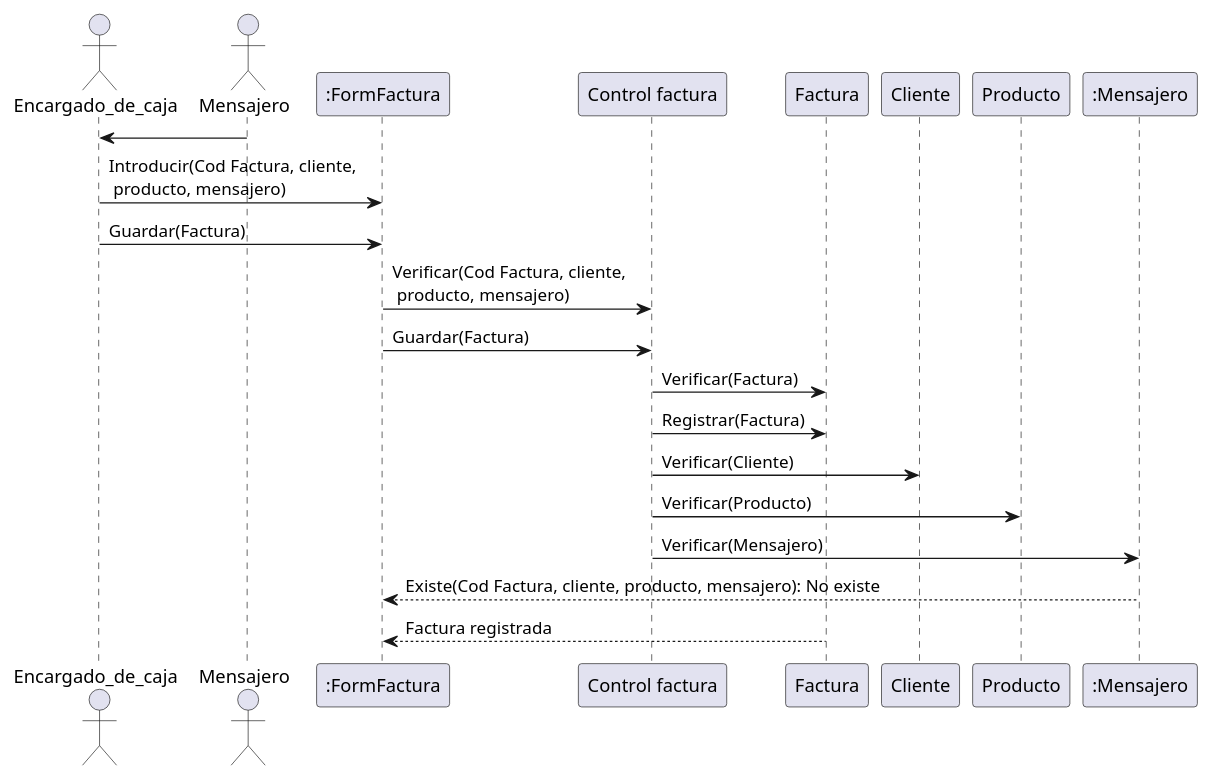
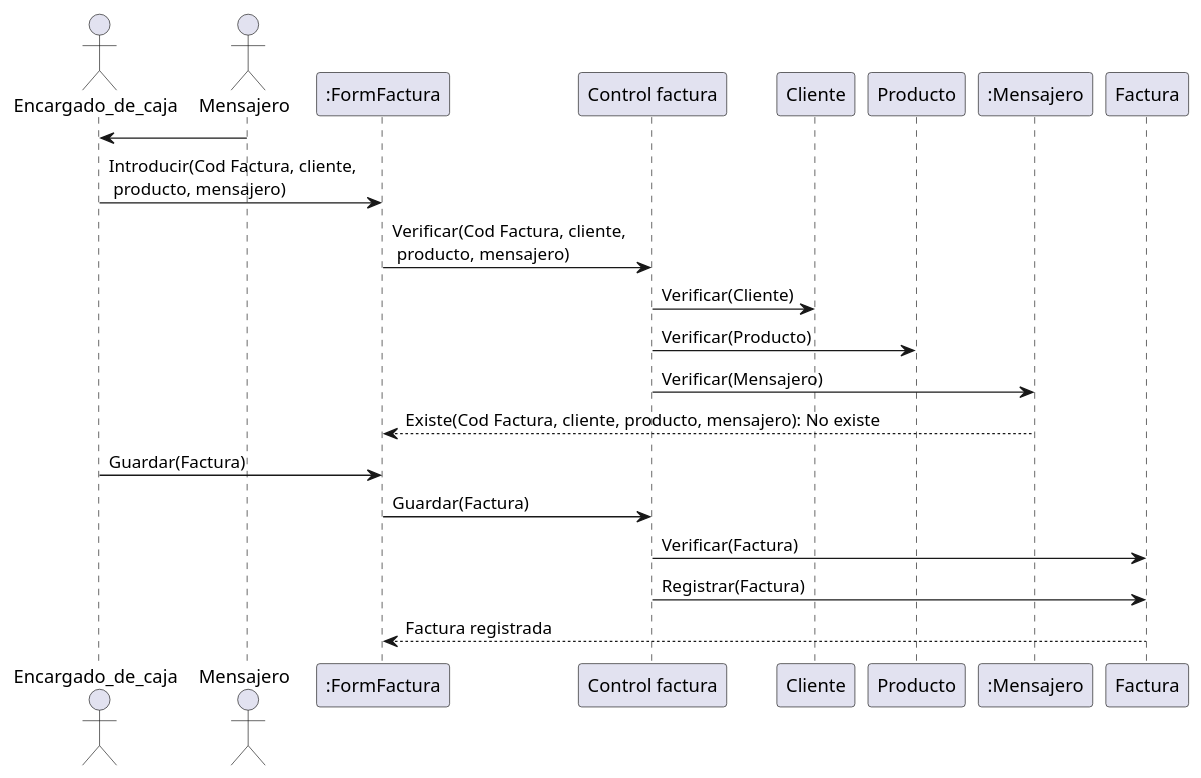
The diagram in Caso Balanceo/Diagrama de secuencia/6. Gestionar facturas.plantuml (ricardoasinr/Sistemas-de-la-informacion), drawn with PlantUML before and after one commit. The commit also changed 5 other files, not shown here.

Commit message:
Diagramas de secuencia corregidos

```diff
--- a/Caso Balanceo/Diagrama de secuencia/6. Gestionar facturas.plantuml
+++ b/Caso Balanceo/Diagrama de secuencia/6. Gestionar facturas.plantuml
@@ -1,28 +1,32 @@
 @startuml 6. Gestionar facturas
 
 actor Encargado_de_caja
 actor Mensajero
 
 Mensajero -> Encargado_de_caja
 
 Encargado_de_caja -> ":FormFactura": Introducir(Cod Factura, cliente, \n producto, mensajero)
+":FormFactura" -> "Control factura": Verificar(Cod Factura, cliente, \n producto, mensajero)
+
+
+"Control factura" -> "Cliente": Verificar(Cliente)
+"Control factura" -> "Producto": Verificar(Producto)
+"Control factura" -> ":Mensajero": Verificar(Mensajero)
+":Mensajero" --> ":FormFactura" : Existe(Cod Factura, cliente, producto, mensajero): No existe
+
 Encargado_de_caja -> ":FormFactura": Guardar(Factura)
 
 
 
-":FormFactura" -> "Control factura": Verificar(Cod Factura, cliente, \n producto, mensajero)
 ":FormFactura" -> "Control factura": Guardar(Factura)
-
 "Control factura" -> "Factura": Verificar(Factura)
 "Control factura" -> "Factura": Registrar(Factura)
-"Control factura" -> "Cliente": Verificar(Cliente)
-"Control factura" -> "Producto": Verificar(Producto)
-"Control factura" -> ":Mensajero": Verificar(Mensajero)
-":Mensajero" --> ":FormFactura" : Existe(Cod Factura, cliente, producto, mensajero): No existe
+
+
 "Factura" --> ":FormFactura" : Factura registrada
 
 
 
 
 
 @enduml
```
